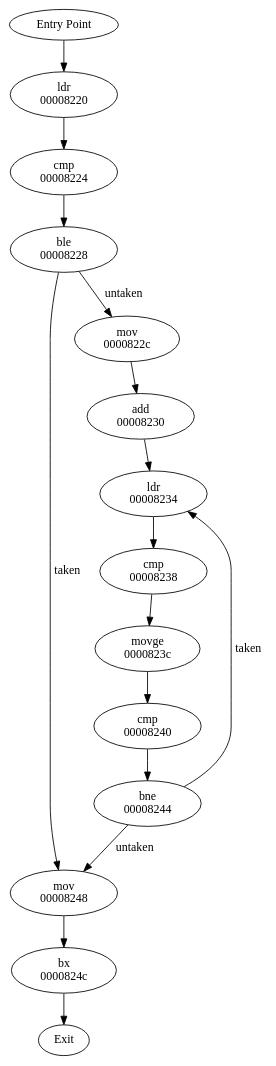
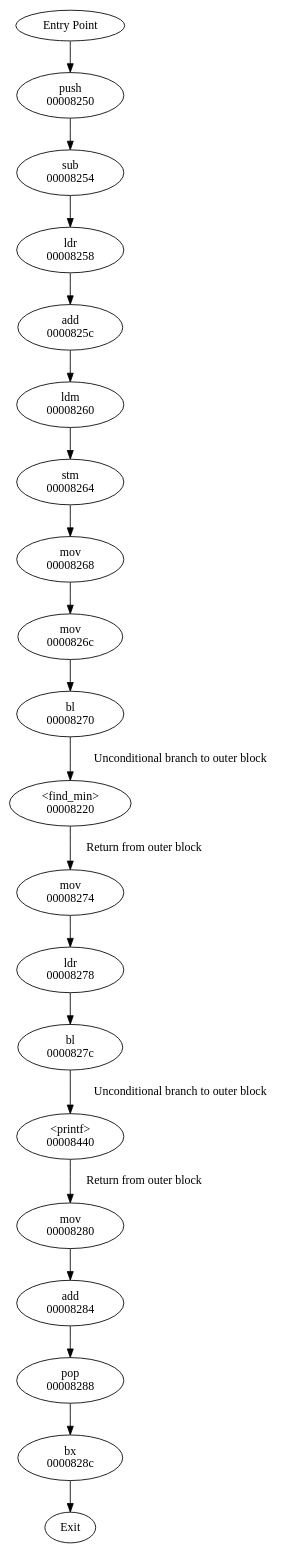
Before and after one commit to lorenzosin/TP_CFG: the diagram in CFG.dot, drawn with Graphviz. The commit also changed 3 other files, not shown here.

```diff
--- a/CFG.dot
+++ b/CFG.dot
@@ -1,43 +1,59 @@
 digraph ReconstructedCFG {
 	"Entry Point";
-	"Entry Point" -> "8220";
-	"8220" [label = "ldr
+	"Entry Point" -> "8250";
+	"8220" [label = "<find_min>
 00008220"];
-	"8220" -> "8224" [label = ""] ;
-	"8224" [label = "cmp
-00008224"];
-	"8224" -> "8228" [label = ""] ;
-	"8228" [label = "ble
-00008228"];
-	"8228" -> "8248" [label = "taken"] ;
-	"8228" -> "822c" [label = "untaken"] ;
-	"822c" [label = "mov
-0000822c"];
-	"822c" -> "8230" [label = ""] ;
-	"8230" [label = "add
-00008230"];
-	"8230" -> "8234" [label = ""] ;
-	"8234" [label = "ldr
-00008234"];
-	"8234" -> "8238" [label = ""] ;
-	"8238" [label = "cmp
-00008238"];
-	"8238" -> "823c" [label = ""] ;
-	"823c" [label = "movge
-0000823c"];
-	"823c" -> "8240" [label = ""] ;
-	"8240" [label = "cmp
-00008240"];
-	"8240" -> "8244" [label = ""] ;
-	"8244" [label = "bne
-00008244"];
-	"8244" -> "8248" [label = "untaken"] ;
-	"8244" -> "8234" [label = "taken"] ;
-	"8248" [label = "mov
-00008248"];
-	"8248" -> "824c" [label = ""] ;
-	"824c" [label = "bx
-0000824c"];
+	"8220" -> "8274" [label = "Return from outer block"] ;
+	"8250" [label = "push
+00008250"];
+	"8250" -> "8254" [label = ""] ;
+	"8254" [label = "sub
+00008254"];
+	"8254" -> "8258" [label = ""] ;
+	"8258" [label = "ldr
+00008258"];
+	"8258" -> "825c" [label = ""] ;
+	"825c" [label = "add
+0000825c"];
+	"825c" -> "8260" [label = ""] ;
+	"8260" [label = "ldm
+00008260"];
+	"8260" -> "8264" [label = ""] ;
+	"8264" [label = "stm
+00008264"];
+	"8264" -> "8268" [label = ""] ;
+	"8268" [label = "mov
+00008268"];
+	"8268" -> "826c" [label = ""] ;
+	"826c" [label = "mov
+0000826c"];
+	"826c" -> "8270" [label = ""] ;
+	"8270" [label = "bl
+00008270"];
+	"8270" -> "8220" [label = "Unconditional branch to outer block"] ;
+	"8274" [label = "mov
+00008274"];
+	"8274" -> "8278" [label = ""] ;
+	"8278" [label = "ldr
+00008278"];
+	"8278" -> "827c" [label = ""] ;
+	"827c" [label = "bl
+0000827c"];
+	"827c" -> "8440" [label = "Unconditional branch to outer block"] ;
+	"8280" [label = "mov
+00008280"];
+	"8280" -> "8284" [label = ""] ;
+	"8284" [label = "add
+00008284"];
+	"8284" -> "8288" [label = ""] ;
+	"8288" [label = "pop
+00008288"];
+	"8288" -> "828c" [label = ""] ;
+	"828c" [label = "bx
+0000828c"];
+	"8440" [label = "<printf>
+00008440"];
+	"8440" -> "8280" [label = "Return from outer block"] ;
 	"Exit";
-	"824c" -> "Exit";
+	"828c" -> "Exit";
 }
```
